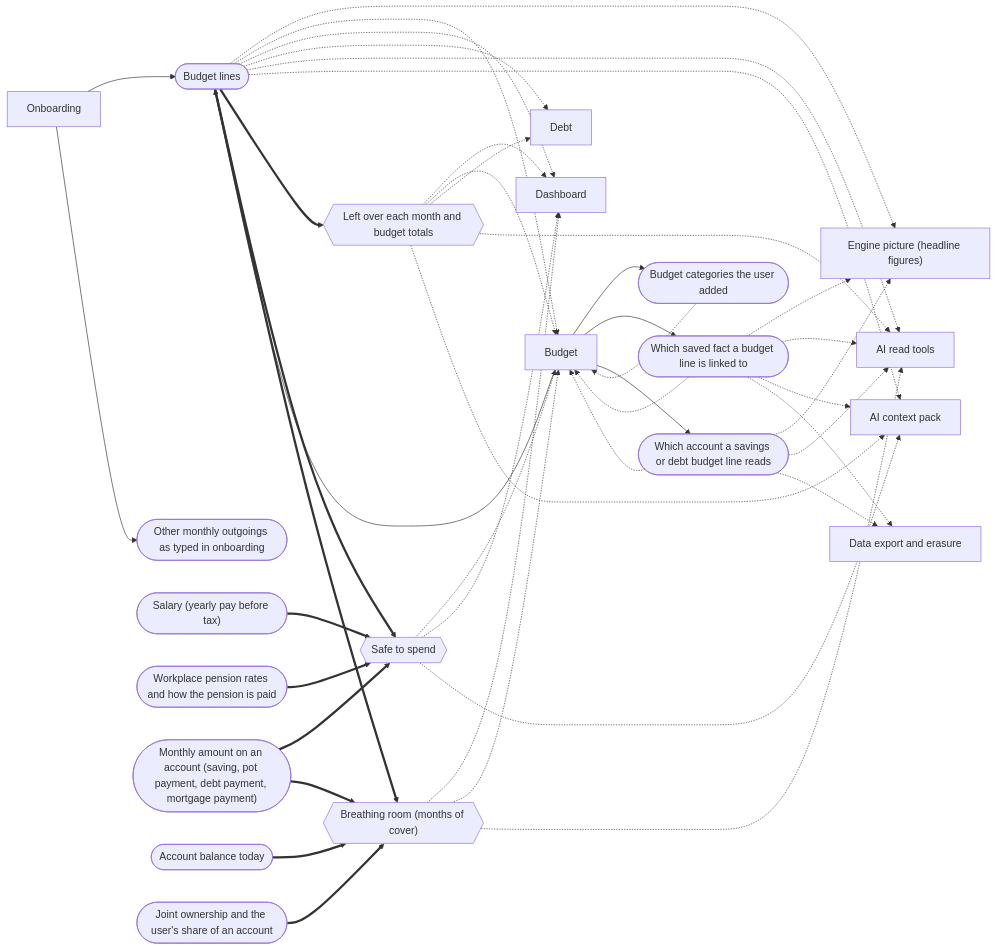
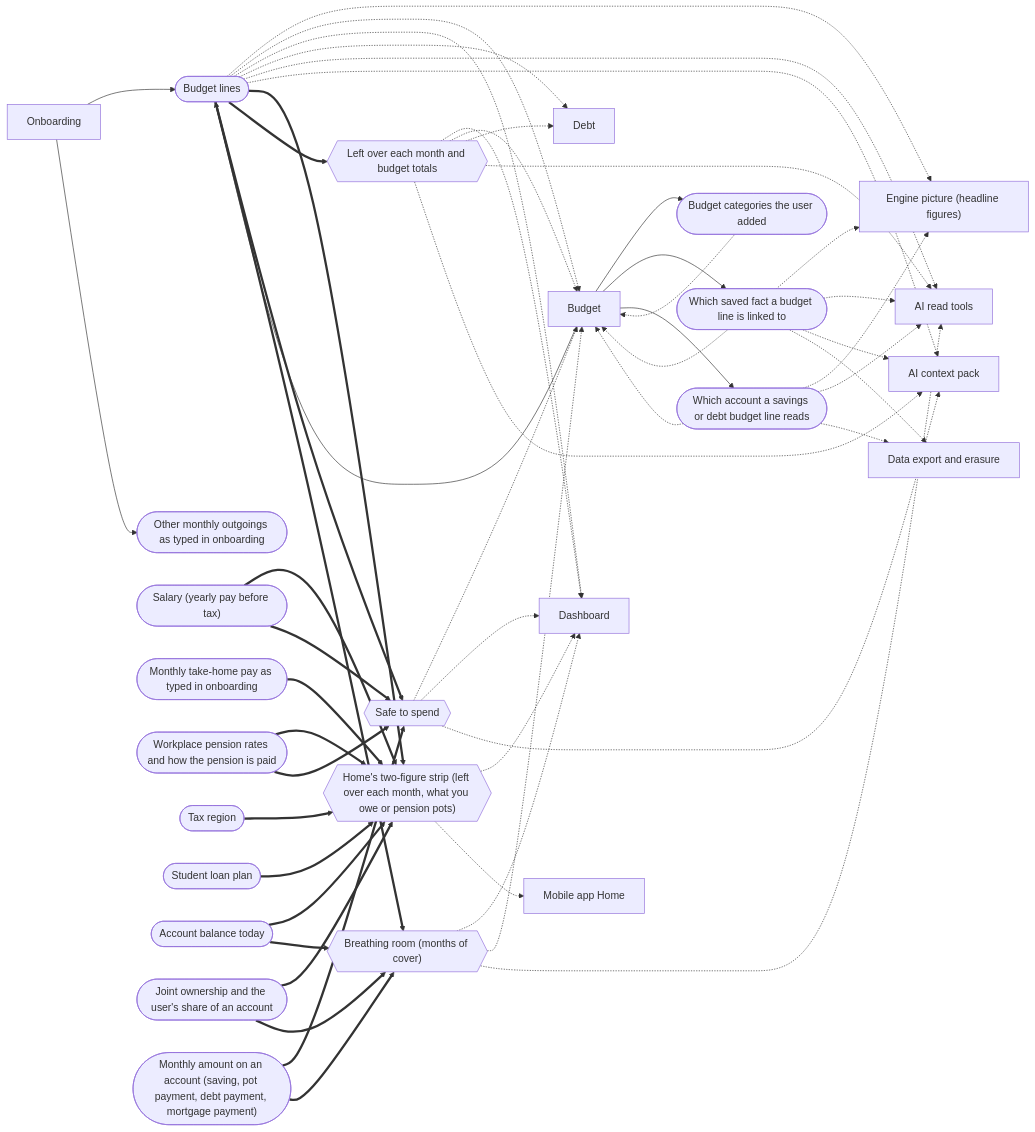
One commit to mgallagher56/flump changed the fifth of 8 diagrams in docs/system/generated/connections.md. Above: the diagram before and after it, drawn with Mermaid. The commit also changed 7 other files, not shown here.

Commit message:
docs(system): Home's strip as a shared figure in the value map, the dashboard strip's reads in the functionality map, S5b mutation triage (E12 S5b)

````diff
--- a/docs/system/generated/connections.md
+++ b/docs/system/generated/connections.md
@@ -441,66 +441,81 @@
 ```mermaid
 flowchart LR
   s_onboarding["Onboarding"]
   s_dashboard["Dashboard"]
+  s_mobile_home["Mobile app Home"]
   s_budget["Budget"]
   s_debt["Debt"]
   s_picture["Engine picture (headline figures)"]
   s_mcp_read["AI read tools"]
   s_context_pack["AI context pack"]
   s_export["Data export and erasure"]
   f_custom_budget_categories(["Budget categories the user added"])
   s_budget --> f_custom_budget_categories
   f_custom_budget_categories -.-> s_budget
   f_budget_entries(["Budget lines"])
   s_budget --> f_budget_entries
   s_onboarding --> f_budget_entries
   f_budget_entries -.-> s_picture
   f_budget_entries -.-> s_budget
   f_budget_entries -.-> s_dashboard
   f_budget_entries -.-> s_debt
   f_budget_entries -.-> s_mcp_read
   f_budget_entries -.-> s_context_pack
   f_budget_entry_link_kind(["Which saved fact a budget line is linked to"])
   s_budget --> f_budget_entry_link_kind
   f_budget_entry_link_kind -.-> s_picture
   f_budget_entry_link_kind -.-> s_budget
   f_budget_entry_link_kind -.-> s_mcp_read
   f_budget_entry_link_kind -.-> s_context_pack
   f_budget_entry_link_kind -.-> s_export
   f_budget_entry_link_account(["Which account a savings or debt budget line reads"])
   s_budget --> f_budget_entry_link_account
   f_budget_entry_link_account -.-> s_picture
   f_budget_entry_link_account -.-> s_budget
   f_budget_entry_link_account -.-> s_mcp_read
   f_budget_entry_link_account -.-> s_export
   f_other_outgoings(["Other monthly outgoings as typed in onboarding"])
   s_onboarding --> f_other_outgoings
+  g_home_strip{{"Home's two-figure strip (left over each month, what you owe or pension pots)"}}
+  f_budget_entries ==> g_home_strip
+  f_salary(["Salary (yearly pay before tax)"])
+  f_salary ==> g_home_strip
+  f_typed_take_home(["Monthly take-home pay as typed in onboarding"])
+  f_typed_take_home ==> g_home_strip
+  f_pension_rates(["Workplace pension rates and how the pension is paid"])
+  f_pension_rates ==> g_home_strip
+  f_tax_region(["Tax region"])
+  f_tax_region ==> g_home_strip
+  f_student_loan_plan(["Student loan plan"])
+  f_student_loan_plan ==> g_home_strip
+  f_account_balance(["Account balance today"])
+  f_account_balance ==> g_home_strip
+  f_ownership_share(["Joint ownership and the user's share of an account"])
+  f_ownership_share ==> g_home_strip
+  g_home_strip -.-> s_dashboard
+  g_home_strip -.-> s_mobile_home
   g_left_over{{"Left over each month and budget totals"}}
   f_budget_entries ==> g_left_over
   g_left_over -.-> s_dashboard
   g_left_over -.-> s_budget
   g_left_over -.-> s_debt
   g_left_over -.-> s_mcp_read
   g_left_over -.-> s_context_pack
   g_safe_to_spend{{"Safe to spend"}}
-  f_salary(["Salary (yearly pay before tax)"])
   f_salary ==> g_safe_to_spend
-  f_pension_rates(["Workplace pension rates and how the pension is paid"])
   f_pension_rates ==> g_safe_to_spend
   f_budget_entries ==> g_safe_to_spend
   f_account_monthly_amount(["Monthly amount on an account (saving, pot payment, debt payment, mortgage payment)"])
   f_account_monthly_amount ==> g_safe_to_spend
   g_safe_to_spend -.-> s_budget
   g_safe_to_spend -.-> s_dashboard
   g_safe_to_spend -.-> s_context_pack
   g_months_of_cover{{"Breathing room (months of cover)"}}
   f_budget_entries ==> g_months_of_cover
-  f_account_balance(["Account balance today"])
   f_account_balance ==> g_months_of_cover
   f_account_monthly_amount ==> g_months_of_cover
-  f_ownership_share(["Joint ownership and the user's share of an account"])
   f_ownership_share ==> g_months_of_cover
   g_months_of_cover -.-> s_dashboard
   g_months_of_cover -.-> s_budget
   g_months_of_cover -.-> s_mcp_read
 ```
````
